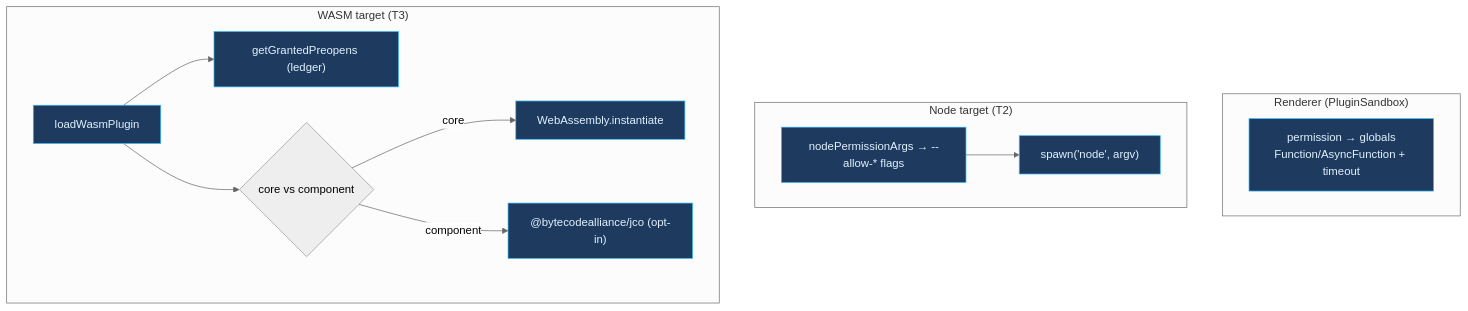
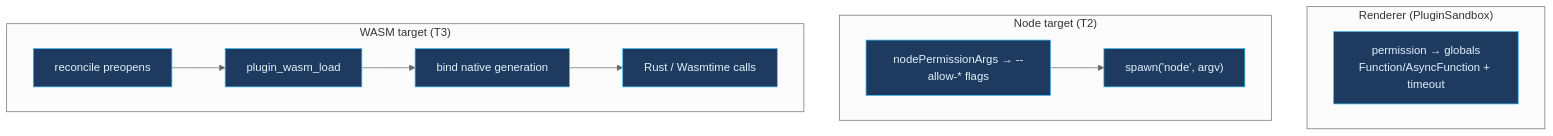
Before and after one commit to MaxQian888/cognia-next: the diagram in docs/content/docs/en/subsystems/sandbox/plugin-isolation.mdx, drawn with Mermaid (neutral theme). The commit also changed other lines of this file and 37 other files, not shown here.

````diff
--- a/docs/content/docs/en/subsystems/sandbox/plugin-isolation.mdx
+++ b/docs/content/docs/en/subsystems/sandbox/plugin-isolation.mdx
@@ -173,18 +143,17 @@
 ```mermaid
 flowchart TB
   subgraph T1soft["Renderer (PluginSandbox)"]
     PS["permission → globals<br/>Function/AsyncFunction + timeout"]
   end
   subgraph T2["Node target (T2)"]
     L["nodePermissionArgs → --allow-* flags"] --> SP["spawn('node', argv)"]
   end
   subgraph T3["WASM target (T3)"]
-    LW["loadWasmPlugin"] --> GR["getGrantedPreopens (ledger)"]
-    LW --> RT{"core vs component"}
-    RT -->|core| WI["WebAssembly.instantiate"]
-    RT -->|component| JCO["@bytecodealliance/jco (opt-in)"]
+    GR["reconcile preopens"] --> LW["plugin_wasm_load"]
+    LW --> GEN["bind native generation"]
+    GEN --> WI["Rust / Wasmtime calls"]
   end
 
   classDef soft fill:#1e3a5f,stroke:#38bdf8,color:#e0f2fe
-  class PS,L,SP,LW,GR,WI,JCO soft
+  class PS,L,SP,LW,GR,GEN,WI soft
 ```
````
